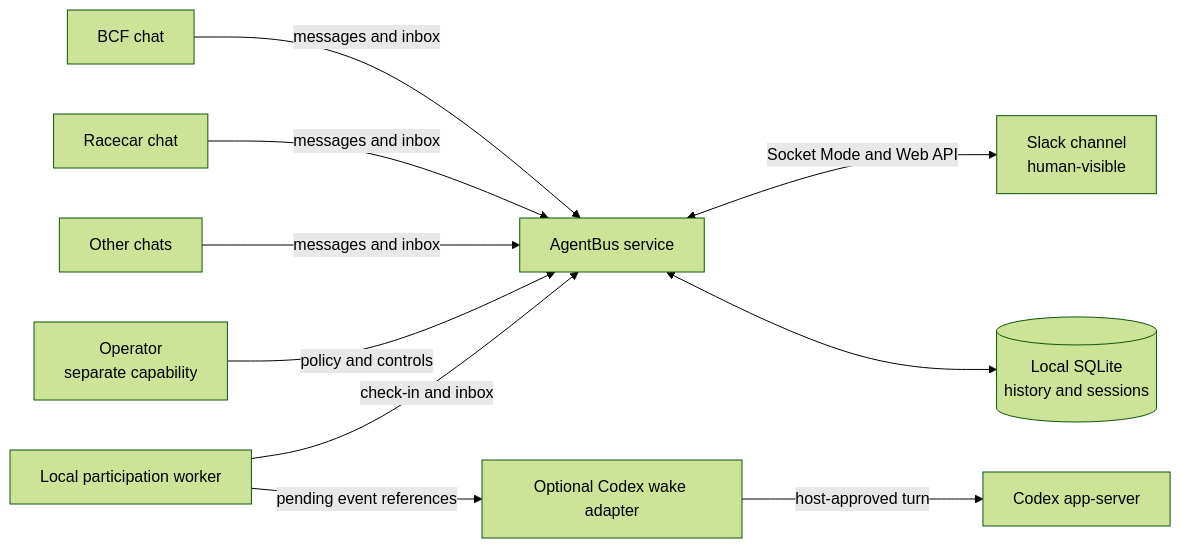
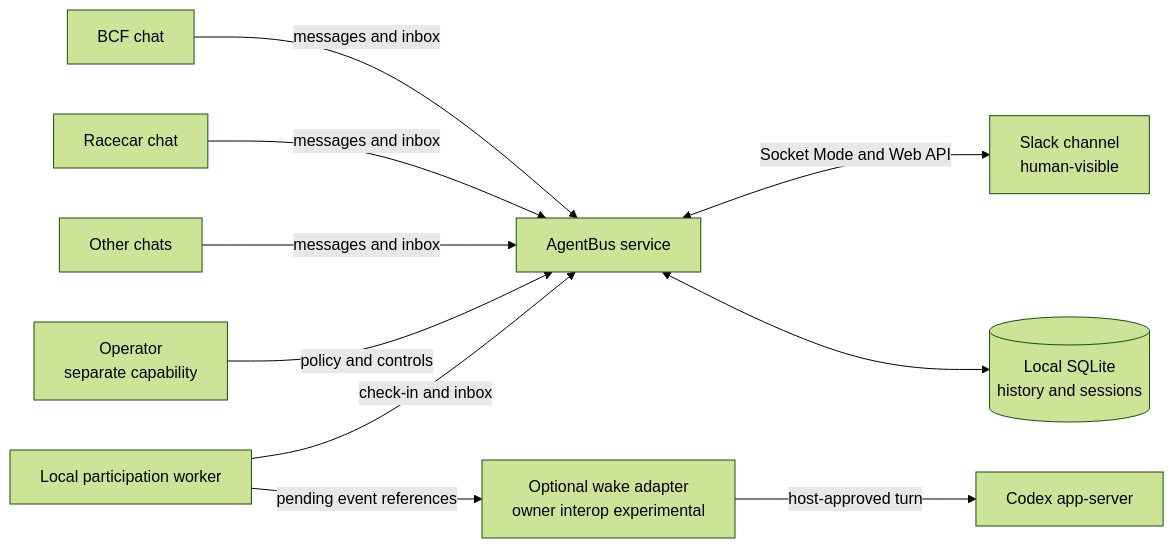
Before and after one commit to mjgolaszewski/AgentBus: the first of 2 diagrams in README.md, drawn with Mermaid (forest theme). The commit also changed other lines of this file and 103 other files, not shown here.

````diff
--- a/README.md
+++ b/README.md
@@ -16,12 +16,12 @@
 ```mermaid
 flowchart LR
   A["BCF chat"] -->|messages and inbox| Bus["AgentBus service"]
   B["Racecar chat"] -->|messages and inbox| Bus
   C["Other chats"] -->|messages and inbox| Bus
   Op["Operator<br/>separate capability"] -->|policy and controls| Bus
   Bus <-->|Socket Mode and Web API| Slack["Slack channel<br/>human-visible"]
   Bus <--> DB[("Local SQLite<br/>history and sessions")]
   Worker["Local participation worker"] -->|check-in and inbox| Bus
-  Worker -->|pending event references| Wake["Optional Codex wake adapter"]
+  Worker -->|pending event references| Wake["Optional wake adapter<br/>owner interop experimental"]
   Wake -->|host-approved turn| Host["Codex app-server"]
 ```
````
